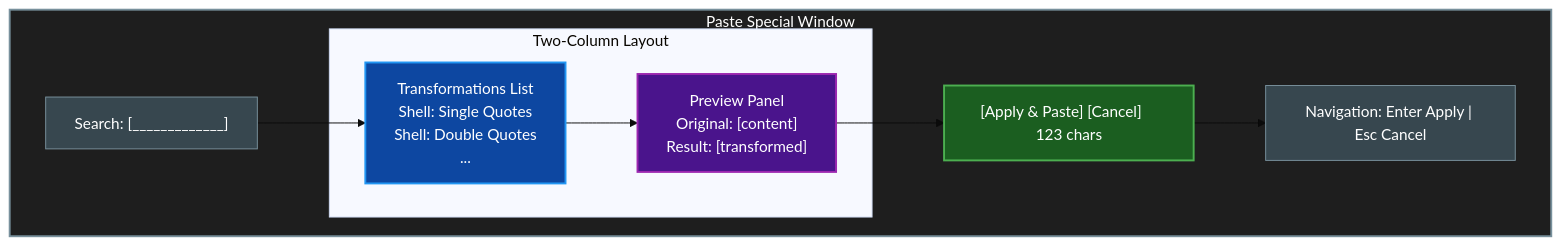
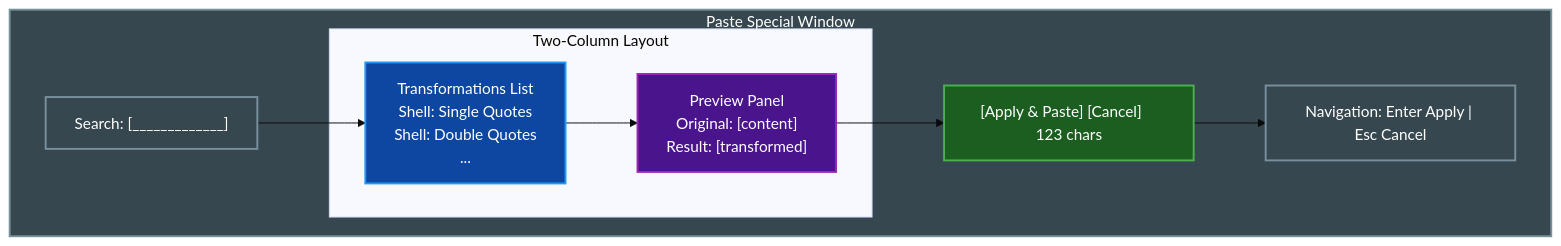
Before and after one commit to paulrobello/par-term: the second of 2 diagrams in docs/features/PASTE_SPECIAL.md, drawn with Mermaid (base theme). The commit also changed other lines of this file and 40 other files, not shown here.

First line of the commit message:
docs: sync docs/ to implementation; fix CLAUDE.md dep graph

````diff
--- a/docs/features/PASTE_SPECIAL.md
+++ b/docs/features/PASTE_SPECIAL.md
@@ -151,24 +158,30 @@
 ```mermaid
 graph TB
     subgraph Window["Paste Special Window"]
         Search["Search: [_____________]"]
         subgraph Columns["Two-Column Layout"]
             Transforms["Transformations List<br/>Shell: Single Quotes<br/>Shell: Double Quotes<br/>..."]
             Preview["Preview Panel<br/>Original: [content]<br/>Result: [transformed]"]
         end
         Buttons["[Apply & Paste] [Cancel]    123 chars"]
         Hints["Navigation: Enter Apply | Esc Cancel"]
     end
 
     Search --> Transforms
     Transforms --> Preview
     Preview --> Buttons
     Buttons --> Hints
 
-    style Window fill:#1E1E1E,stroke:#78909c,stroke-width:2px,color:#ffffff
-    style Search fill:#37474f,stroke:#78909c,stroke-width:1px,color:#ffffff
-    style Transforms fill:#0d47a1,stroke:#2196f3,stroke-width:2px,color:#ffffff
-    style Preview fill:#4a148c,stroke:#9c27b0,stroke-width:2px,color:#ffffff
-    style Buttons fill:#1b5e20,stroke:#4caf50,stroke-width:2px,color:#ffffff
-    style Hints fill:#37474f,stroke:#78909c,stroke-width:1px,color:#ffffff
+    class Window neutral
+    class Search neutral
+    class Transforms data
+    class Preview external
+    class Buttons active
+    class Hints neutral
+
+    classDef primary fill:#e65100,stroke:#ff9800,stroke-width:3px,color:#ffffff
+    classDef active fill:#1b5e20,stroke:#4caf50,stroke-width:2px,color:#ffffff
+    classDef data fill:#0d47a1,stroke:#2196f3,stroke-width:2px,color:#ffffff
+    classDef external fill:#4a148c,stroke:#9c27b0,stroke-width:2px,color:#ffffff
+    classDef neutral fill:#37474f,stroke:#78909c,stroke-width:2px,color:#ffffff
 ```
````
